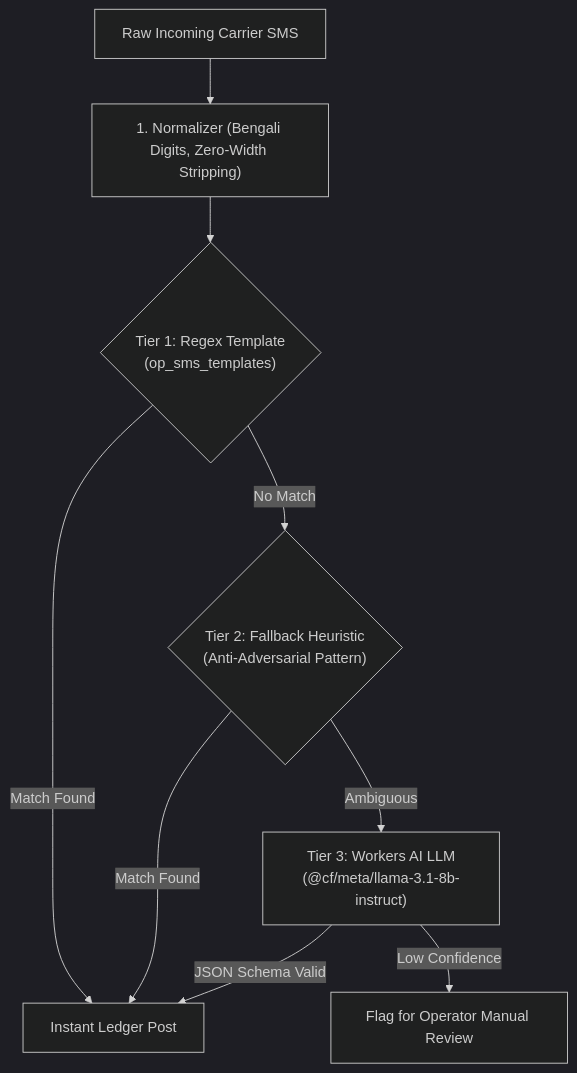
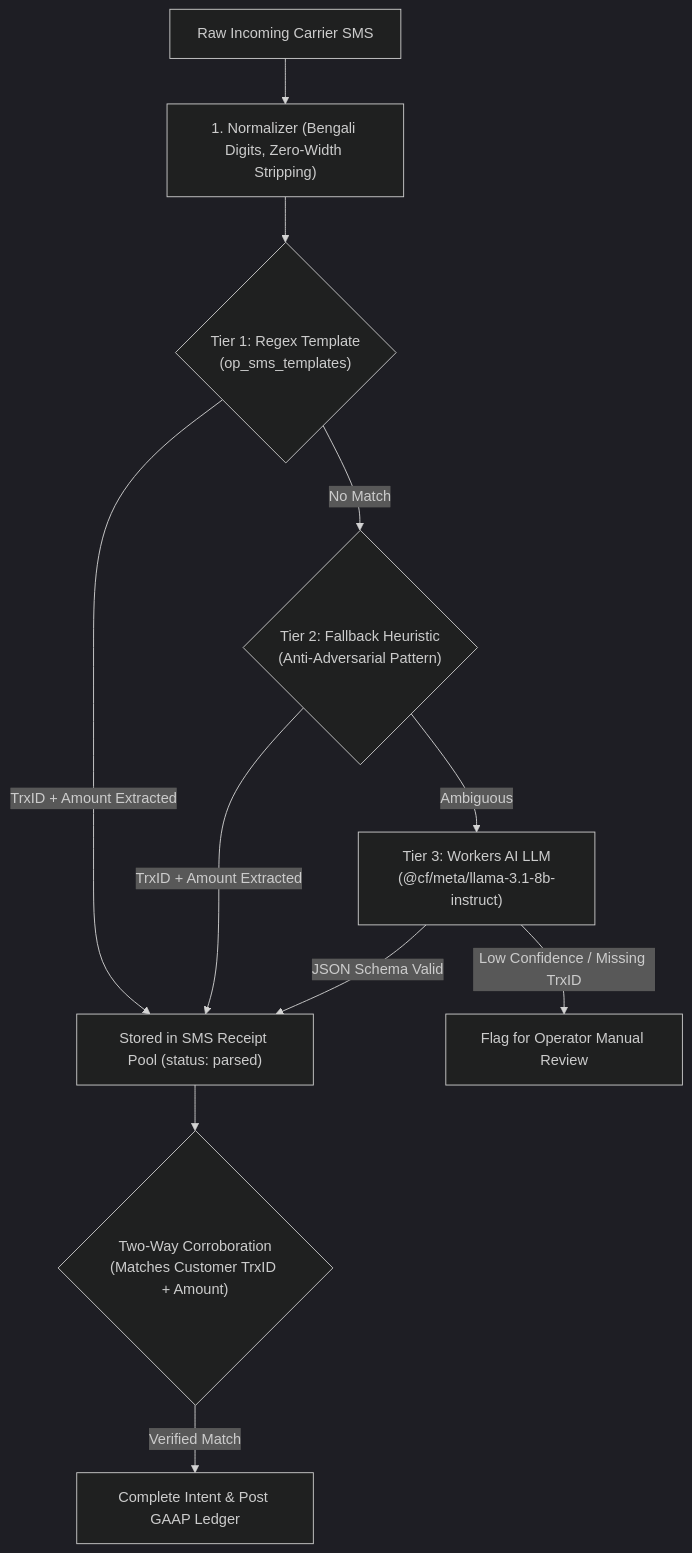
One commit to JonyBepary/edgepay-cf changed the second of 2 diagrams in README.md. Above: the diagram before and after it, drawn with Mermaid (dark theme). The commit also changed other lines of this file and 2 other files, not shown here.

Commit message:
docs: update architecture, README, API references, and security model with two-way TrxID corroboration

````diff
--- a/README.md
+++ b/README.md
@@ -93,11 +102,14 @@
 ```mermaid
 graph TD
     Raw["Raw Incoming Carrier SMS"] --> Norm["1. Normalizer (Bengali Digits, Zero-Width Stripping)"]
     Norm --> T1{"Tier 1: Regex Template\n(op_sms_templates)"}
-    T1 -->|Match Found| Post["Instant Ledger Post"]
+    T1 -->|TrxID + Amount Extracted| Pool["Stored in SMS Receipt Pool (status: parsed)"]
     T1 -->|No Match| T2{"Tier 2: Fallback Heuristic\n(Anti-Adversarial Pattern)"}
-    T2 -->|Match Found| Post
+    T2 -->|TrxID + Amount Extracted| Pool
     T2 -->|Ambiguous| T3["Tier 3: Workers AI LLM\n(@cf/meta/llama-3.1-8b-instruct)"]
-    T3 -->|JSON Schema Valid| Post
-    T3 -->|Low Confidence| Review["Flag for Operator Manual Review"]
+    T3 -->|JSON Schema Valid| Pool
+    T3 -->|Low Confidence / Missing TrxID| Review["Flag for Operator Manual Review"]
+    
+    Pool --> Match{"Two-Way Corroboration\n(Matches Customer TrxID + Amount)"}
+    Match -->|Verified Match| Post["Complete Intent & Post GAAP Ledger"]
 ```
````
